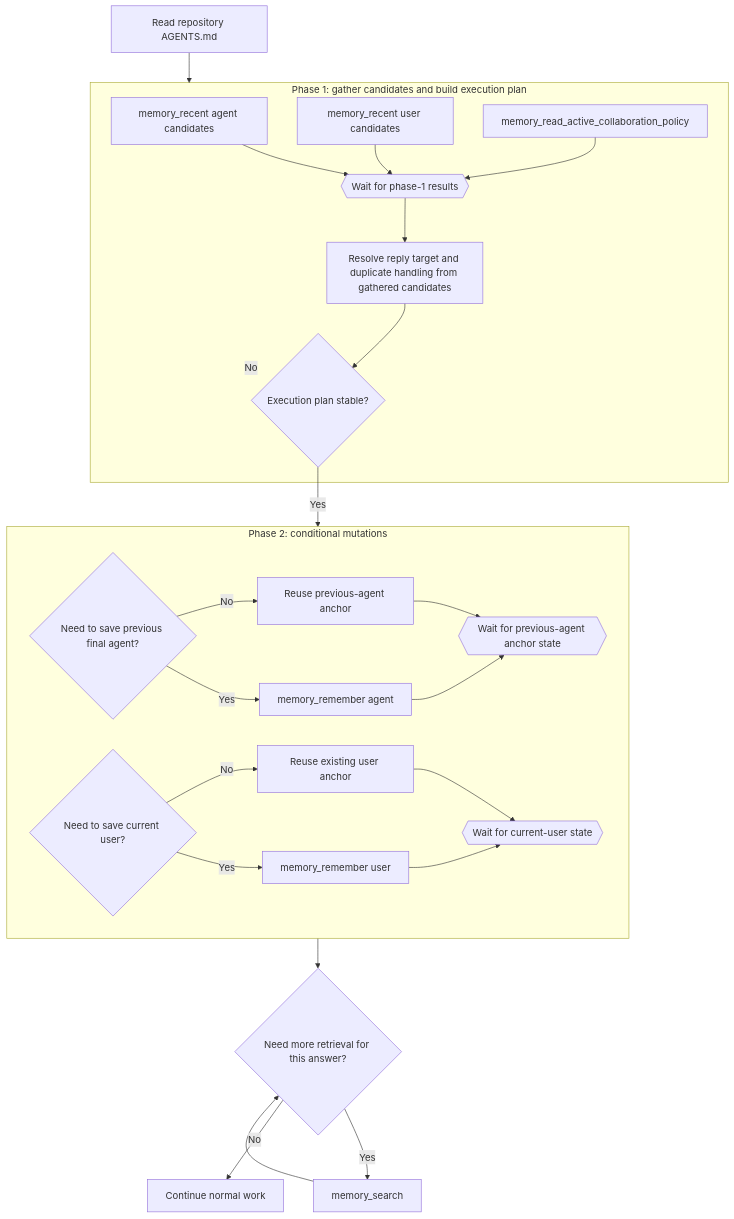
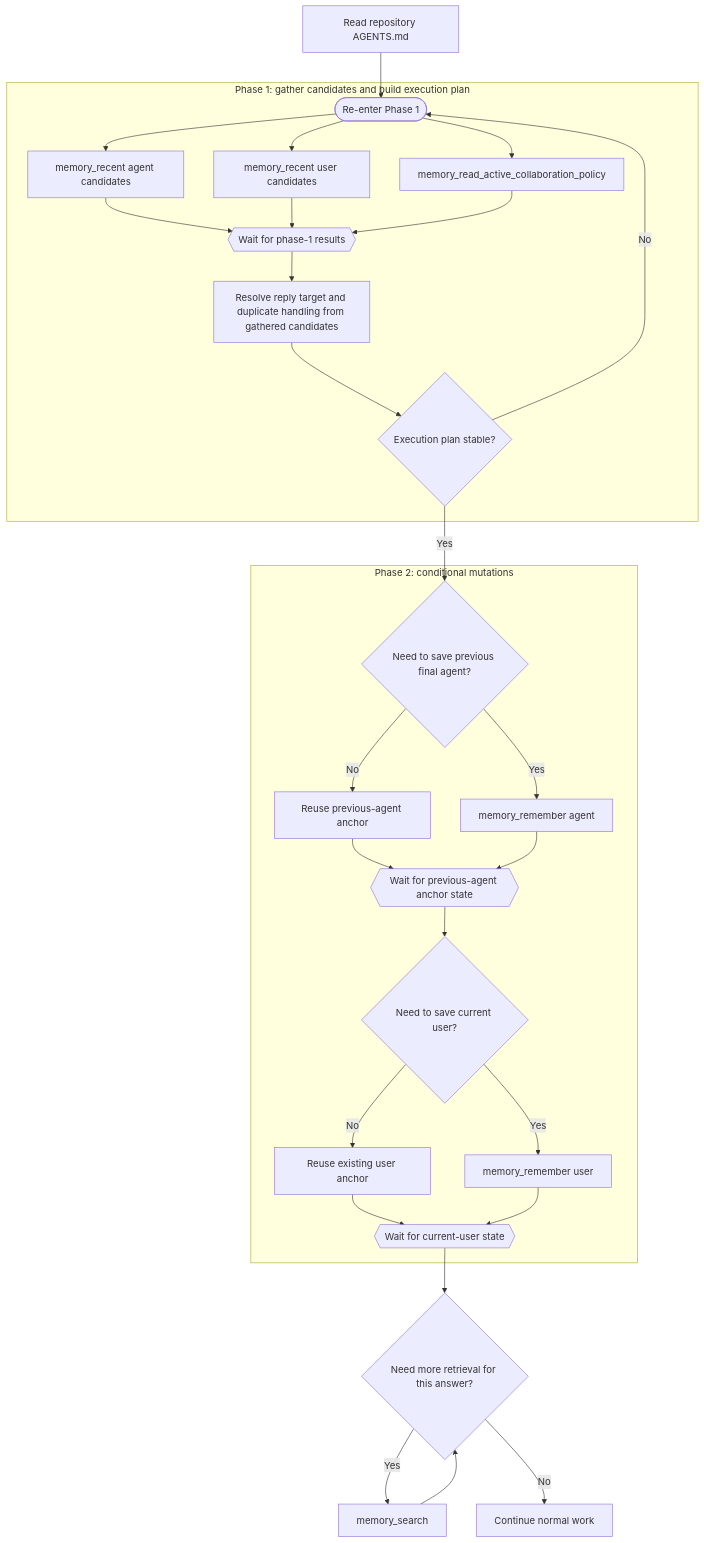
One commit to KazinaG/breathing_memory changed the second of 2 diagrams in docs/mcp-turn-flows.md. Above: the diagram before and after it, drawn with Mermaid. The commit also changed other lines of this file, not shown here.

Commit message:
docs: make turn-flow retry edge visible

````diff
--- a/docs/mcp-turn-flows.md
+++ b/docs/mcp-turn-flows.md
@@ -80,45 +80,50 @@
 ```mermaid
 flowchart TD
     A[Read repository AGENTS.md]
 
     subgraph P1[Phase 1: gather candidates and build execution plan]
+        R1([Re-enter Phase 1])
         B[memory_recent agent candidates]
         C[memory_recent user candidates]
         D[memory_read_active_collaboration_policy]
         W1{{Wait for phase-1 results}}
         E[Resolve reply target and duplicate handling from gathered candidates]
         F{Execution plan stable?}
+        R1 --> B
+        R1 --> C
+        R1 --> D
         B --> W1
         C --> W1
         D --> W1
         W1 --> E
         E --> F
     end
 
     subgraph P2[Phase 2: conditional mutations]
         G{Need to save previous final agent?}
         H[Reuse previous-agent anchor]
         I[memory_remember agent]
         W2{{Wait for previous-agent anchor state}}
         J{Need to save current user?}
         K[Reuse existing user anchor]
         L[memory_remember user]
         W3{{Wait for current-user state}}
         G -- No --> H
         G -- Yes --> I
         H --> W2
         I --> W2
+        W2 --> J
         J -- No --> K
         J -- Yes --> L
         K --> W3
         L --> W3
     end
 
-    A --> P1
-    F -- No --> P1
-    F -- Yes --> P2
-    P2 --> M{Need more retrieval for this answer?}
+    A --> R1
+    F -- No --> R1
+    F -- Yes --> G
+    W3 --> M{Need more retrieval for this answer?}
     M -- Yes --> N[memory_search]
     M -- No --> O[Continue normal work]
     N --> M
 ```
````
